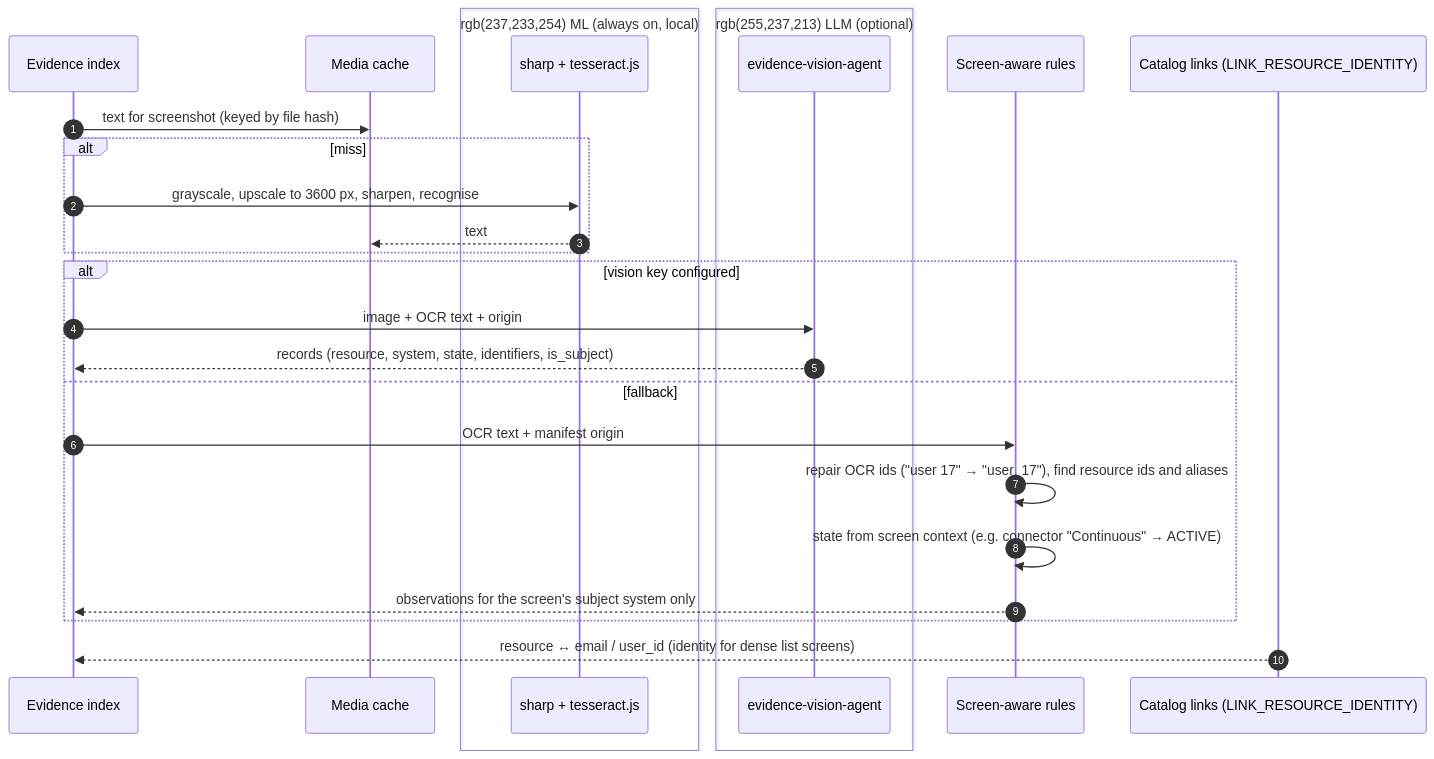
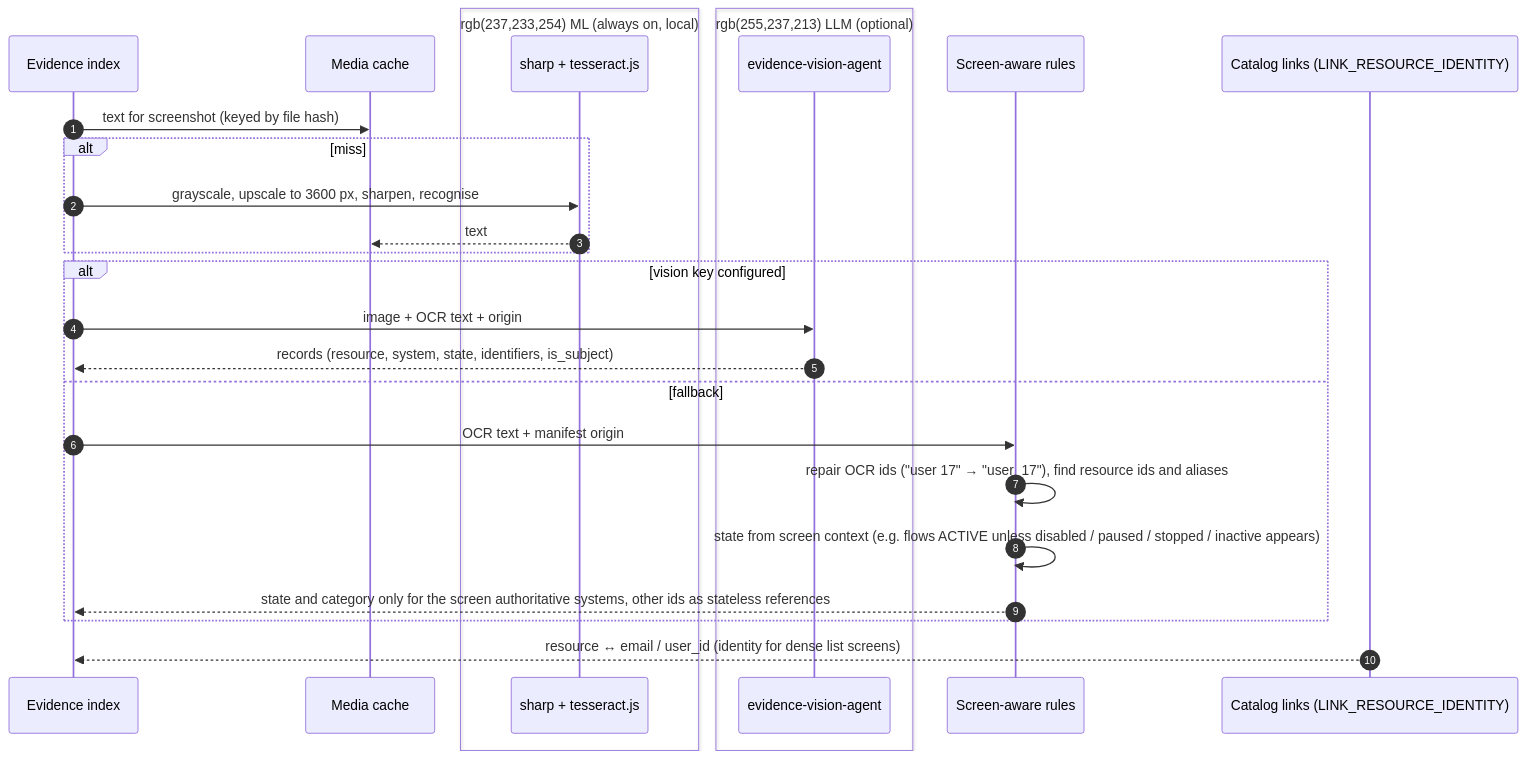
Before and after one commit to rtnsht/hackerrank-orchestrate-october26: diagram 13 of 14 in code/docs/ARCHITECTURE.md, drawn with Mermaid. The commit also changed other lines of this file and 20 other files, not shown here.

````diff
--- a/code/docs/ARCHITECTURE.md
+++ b/code/docs/ARCHITECTURE.md
@@ -599,29 +619,29 @@
 ```mermaid
 sequenceDiagram
     autonumber
     participant Idx as Evidence index
     participant C as Media cache
     box rgb(237,233,254) ML (always on, local)
     participant OCR as sharp + tesseract.js
     end
     box rgb(255,237,213) LLM (optional)
     participant VA as evidence-vision-agent
     end
     participant R as Screen-aware rules
     participant Cat as Catalog links (LINK_RESOURCE_IDENTITY)
     Idx->>C: text for screenshot (keyed by file hash)
     alt miss
         Idx->>OCR: grayscale, upscale to 3600 px, sharpen, recognise
         OCR-->>C: text
     end
     alt vision key configured
         Idx->>VA: image + OCR text + origin
         VA-->>Idx: records (resource, system, state, identifiers, is_subject)
     else fallback
         Idx->>R: OCR text + manifest origin
         R->>R: repair OCR ids ("user 17" → "user_17"), find resource ids and aliases
-        R->>R: state from screen context (e.g. connector "Continuous" → ACTIVE)
-        R-->>Idx: observations for the screen's subject system only
+        R->>R: state from screen context (e.g. flows ACTIVE unless disabled / paused / stopped / inactive appears)
+        R-->>Idx: state and category only for the screen authoritative systems, other ids as stateless references
     end
     Cat-->>Idx: resource ↔ email / user_id (identity for dense list screens)
 ```
````
